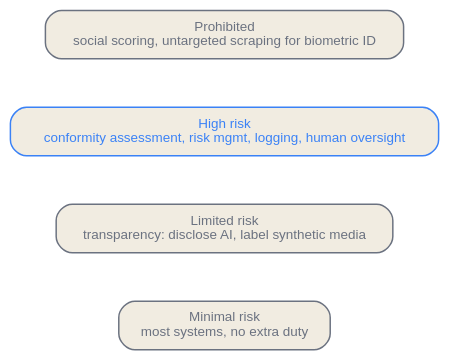
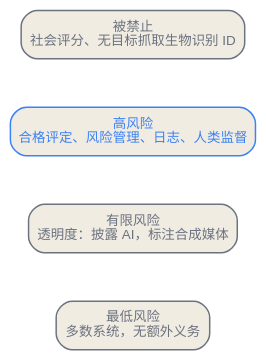
One commit to latere-ai/ai-as-an-infrastructure changed the diagram in zh/safety/07-law-regulation-policy.qmd. Above: the diagram before and after it, drawn with Graphviz. The commit also changed 273 other files, not shown here.

Commit message:
docs: localize Chinese diagrams

````diff
--- a/zh/safety/07-law-regulation-policy.qmd
+++ b/zh/safety/07-law-regulation-policy.qmd
@@ -17,17 +17,17 @@
 ```{dot}
 //| label: fig-law-risk-pyramid
 //| fig-cap: "欧盟《人工智能法案》按一个系统用途的风险、而非按它的架构来归类。义务随层级上升：多数系统位于底部，没有额外义务；中间一层适用透明度义务；高风险用途适用合格评定；一小撮用途被彻底禁止。通用模型另有一套并行的义务。"
 digraph risk {
   rankdir=BT;
   bgcolor="transparent";
   node [shape=box, style="rounded,filled", fontname="Helvetica", fontsize=10, color="#6b7280", fontcolor="#6b7280", fillcolor="#f1ece1", penwidth=1.1];
   edge [color="#6b7280"];
 
-  minimal [label="Minimal risk\nmost systems, no extra duty"];
-  limited [label="Limited risk\ntransparency: disclose AI, label synthetic media"];
-  high    [label="High risk\nconformity assessment, risk mgmt, logging, human oversight", color="#3b82f6", fontcolor="#3b82f6"];
-  banned  [label="Prohibited\nsocial scoring, untargeted scraping for biometric ID"];
+  minimal [label="最低风险\n多数系统，无额外义务"];
+  limited [label="有限风险\n透明度：披露 AI，标注合成媒体"];
+  high    [label="高风险\n合格评定、风险管理、日志、人类监督", color="#3b82f6", fontcolor="#3b82f6"];
+  banned  [label="被禁止\n社会评分、无目标抓取生物识别 ID"];
 
   minimal -> limited -> high -> banned [style=invis];
 }
 ```
````
